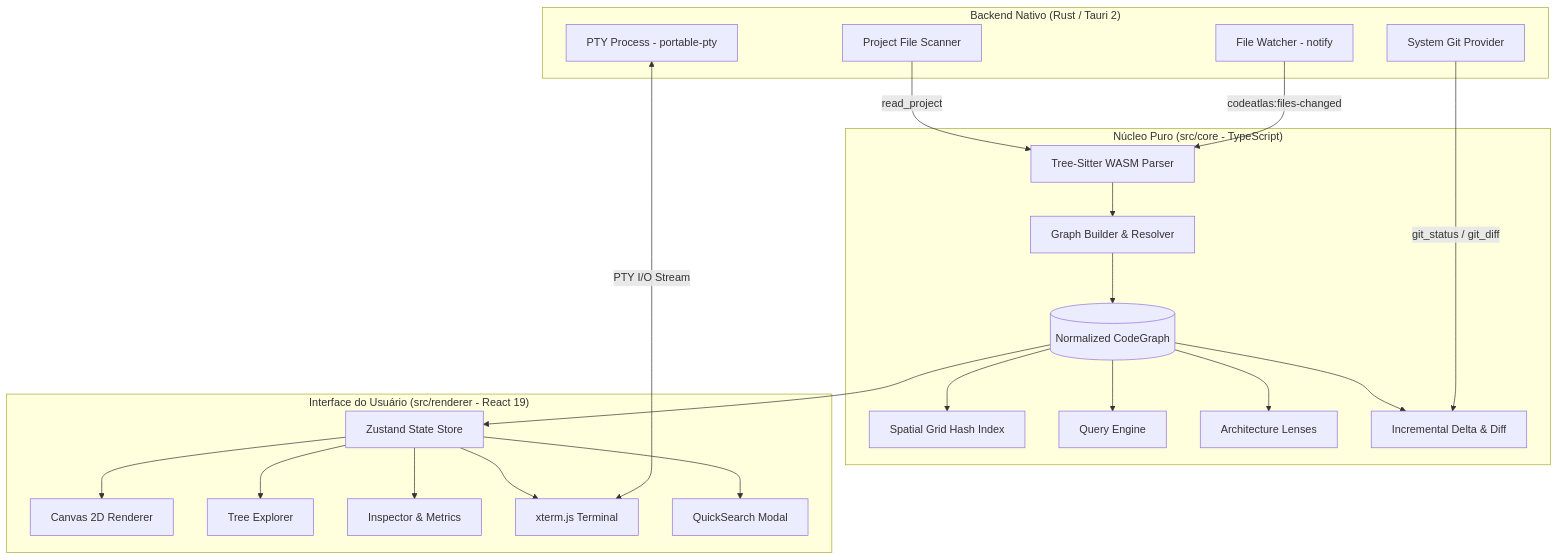
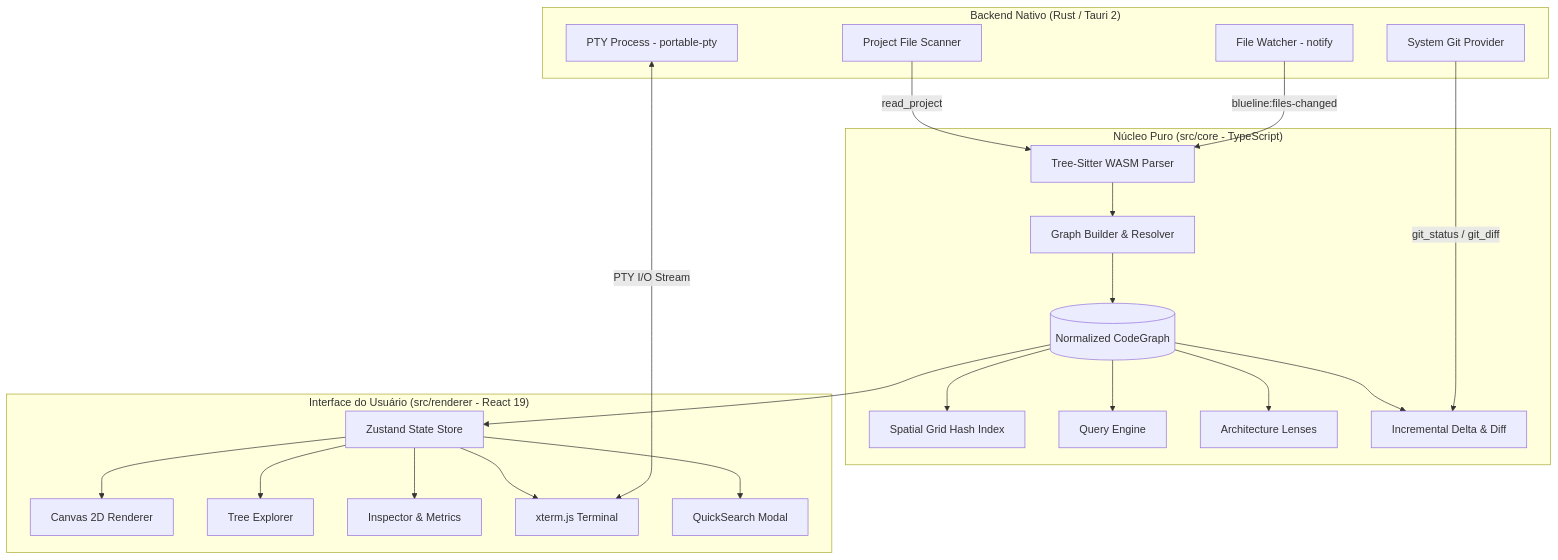
The diagram in README.md (diegojimenes/blueline), drawn with Mermaid before and after one commit. The commit also changed other lines of this file and 12 other files, not shown here.

````diff
--- a/README.md
+++ b/README.md
@@ -122,46 +122,46 @@
 ```mermaid
 graph TD
     subgraph RustBackend["Backend Nativo (Rust / Tauri 2)"]
         PTY[PTY Process - portable-pty]
         Watcher[File Watcher - notify]
         Git[System Git Provider]
         FS[Project File Scanner]
     end
 
     subgraph CoreDomain["Núcleo Puro (src/core - TypeScript)"]
         TreeSitter[Tree-Sitter WASM Parser]
         BuildGraph[Graph Builder & Resolver]
         CodeGraph[(Normalized CodeGraph)]
         SpatialIndex[Spatial Grid Hash Index]
         QueryEngine[Query Engine]
         Lenses[Architecture Lenses]
         Delta[Incremental Delta & Diff]
     end
 
     subgraph FrontendUI["Interface do Usuário (src/renderer - React 19)"]
         Store[Zustand State Store]
         Canvas[Canvas 2D Renderer]
         Explorer[Tree Explorer]
         Inspector[Inspector & Metrics]
         Terminal[xterm.js Terminal]
         QuickSearch[QuickSearch Modal]
     end
 
-    Watcher -->|codeatlas:files-changed| TreeSitter
+    Watcher -->|blueline:files-changed| TreeSitter
     FS -->|read_project| TreeSitter
     Git -->|git_status / git_diff| Delta
     PTY <-->|PTY I/O Stream| Terminal
 
     TreeSitter --> BuildGraph --> CodeGraph
     CodeGraph --> SpatialIndex
     CodeGraph --> QueryEngine
     CodeGraph --> Lenses
     CodeGraph --> Delta
 
     CodeGraph --> Store
     Store --> Canvas
     Store --> Explorer
     Store --> Inspector
     Store --> Terminal
     Store --> QuickSearch
 ```
````
